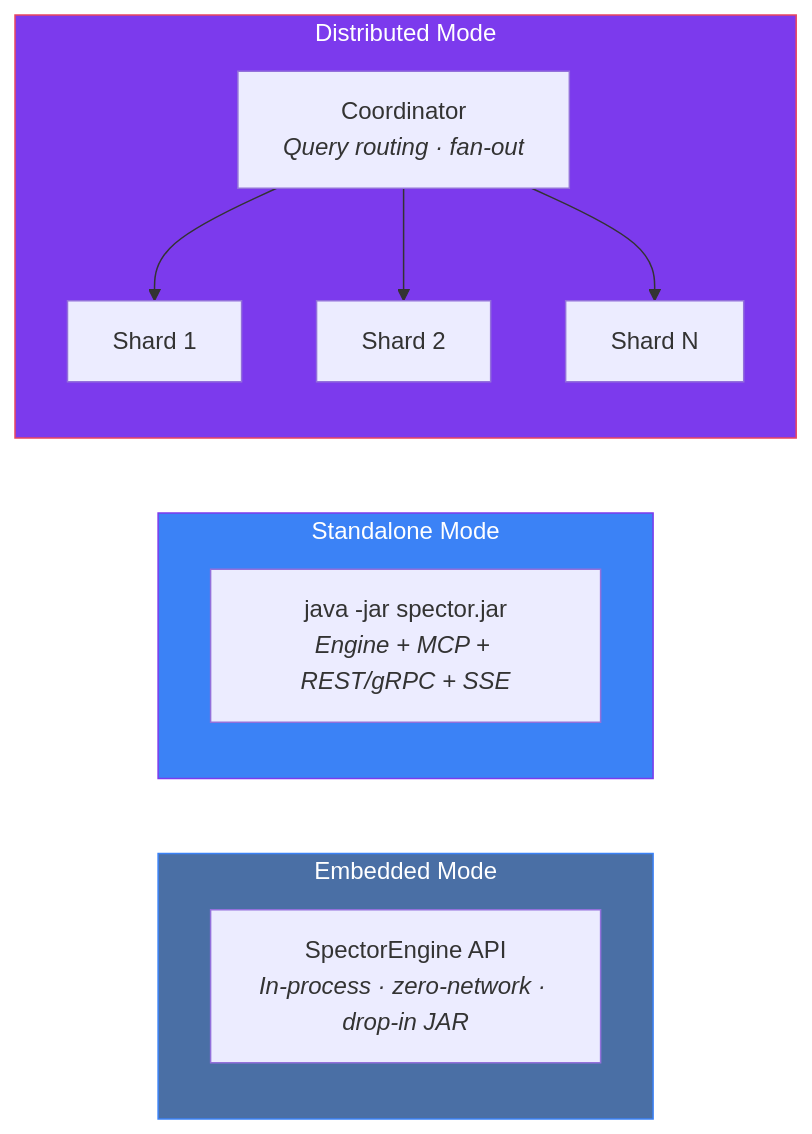
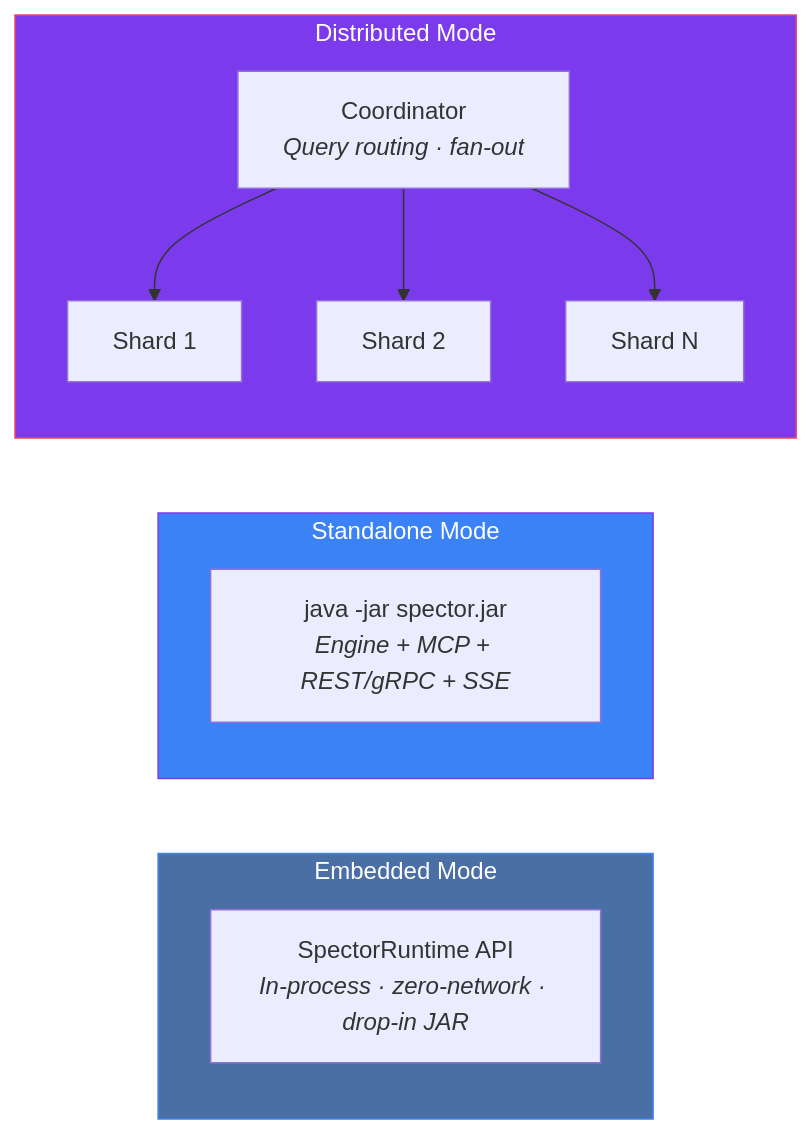
The third of 12 diagrams in docs/docs/architecture/overview.md (spectrayan/spector), drawn with Mermaid before and after one commit. The commit also changed other lines of this file and 34 other files, not shown here.

First line of the commit message:
docs(docs): align project documentation with memory recall architecture (#321)

````diff
--- a/docs/docs/architecture/overview.md
+++ b/docs/docs/architecture/overview.md
@@ -135,20 +135,20 @@
 ```mermaid
 graph LR
     subgraph Embedded["Embedded Mode"]
-        lib["SpectorEngine API<br/><i>In-process · zero-network · drop-in JAR</i>"]
+        lib["SpectorRuntime API<br/><i>In-process · zero-network · drop-in JAR</i>"]
     end
 
     subgraph Standalone["Standalone Mode"]
         jar["java -jar spector.jar<br/><i>Engine + MCP + REST/gRPC + SSE</i>"]
     end
 
     subgraph Distributed["Distributed Mode"]
         coord["Coordinator<br/><i>Query routing · fan-out</i>"]
         s1["Shard 1"] & s2["Shard 2"] & s3["Shard N"]
         coord --> s1 & s2 & s3
     end
 
     style Embedded fill:#4a6fa5,stroke:#3b82f6,color:#fff
     style Standalone fill:#3b82f6,stroke:#7c3aed,color:#fff
     style Distributed fill:#7c3aed,stroke:#e94560,color:#fff
 ```
````
